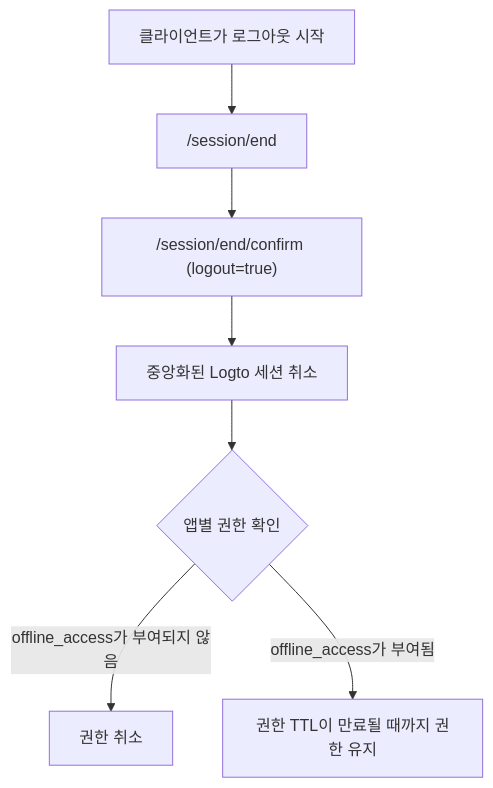
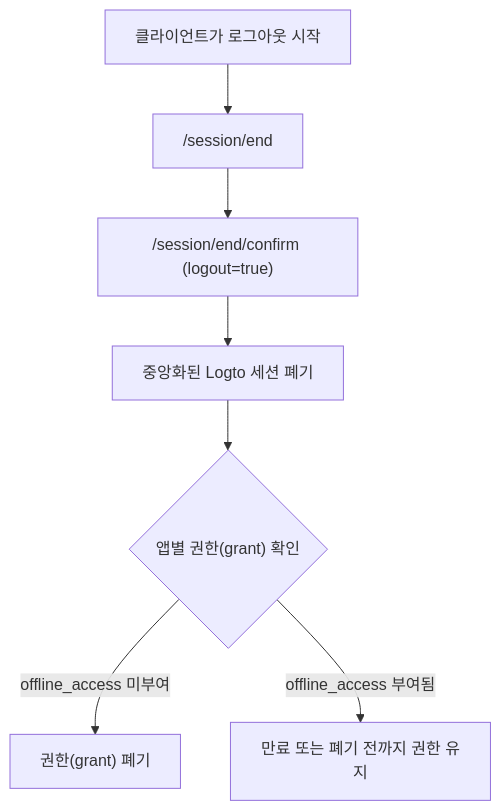
One commit to logto-io/docs changed the diagram in i18n/ko/docusaurus-plugin-content-docs/current/end-user-flows/sign-out.mdx. Above: the diagram before and after it, drawn with Mermaid. The commit also changed other lines of this file and 66 other files, not shown here.

````diff
--- a/i18n/ko/docusaurus-plugin-content-docs/current/end-user-flows/sign-out.mdx
+++ b/i18n/ko/docusaurus-plugin-content-docs/current/end-user-flows/sign-out.mdx
@@ -45,9 +45,9 @@
 ```mermaid
 flowchart TD
   A["클라이언트가 로그아웃 시작"] --> B["/session/end"]
   B --> C["/session/end/confirm (logout=true)"]
-  C --> D["중앙화된 Logto 세션 취소"]
-  D --> E{"앱별 권한 확인"}
-  E -->|"offline_access가 부여되지 않음"| F["권한 취소"]
-  E -->|"offline_access가 부여됨"| G["권한 TTL이 만료될 때까지 권한 유지"]
+  C --> D["중앙화된 Logto 세션 폐기"]
+  D --> E{"앱별 권한(grant) 확인"}
+  E -->|"offline_access 미부여"| F["권한(grant) 폐기"]
+  E -->|"offline_access 부여됨"| G["만료 또는 폐기 전까지 권한 유지"]
 ```
````
